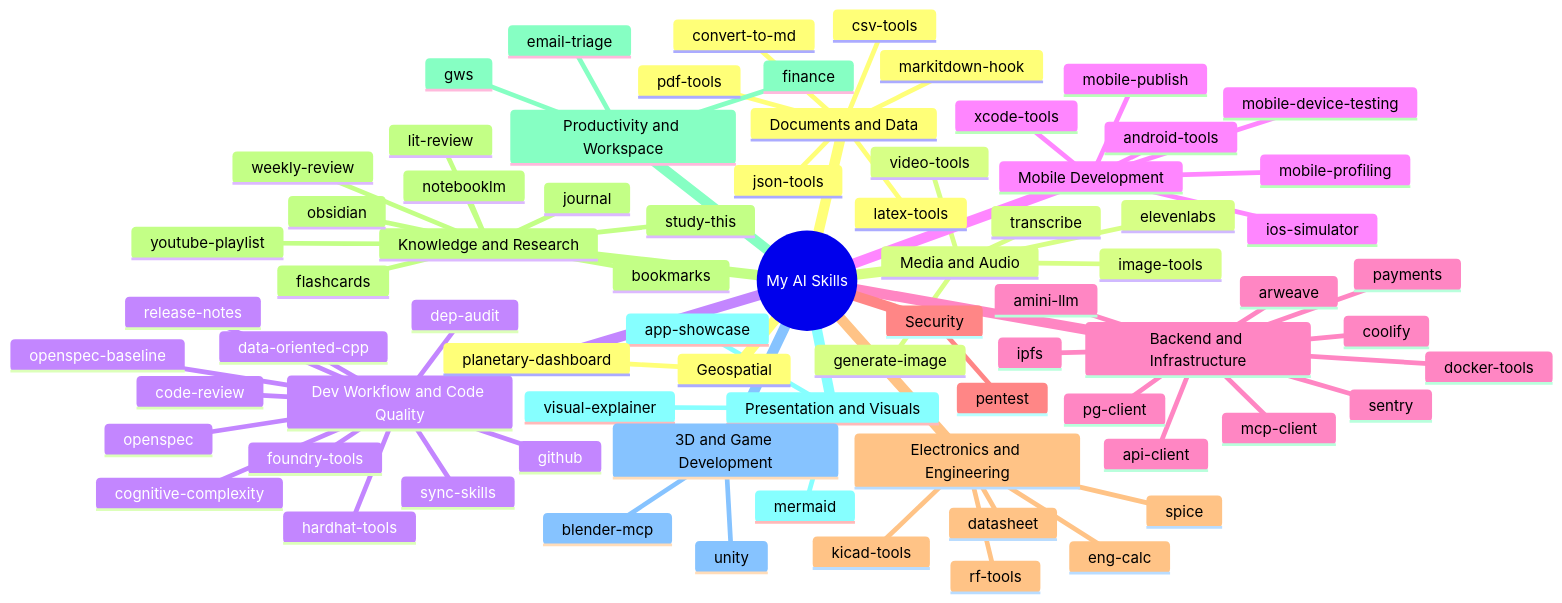
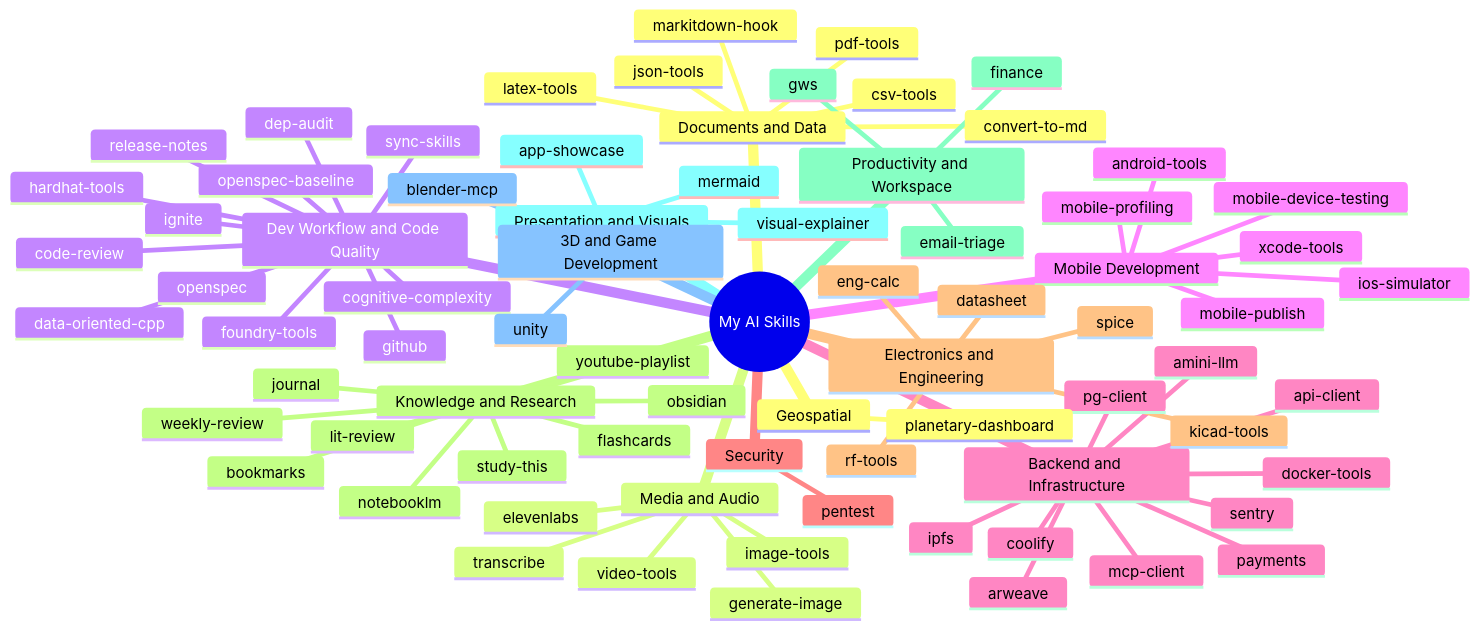
One commit to leonardoaraujosantos/my_ai_skills changed the diagram in README.md. Above: the diagram before and after it, drawn with Mermaid. The commit also changed other lines of this file and 6 other files, not shown here.

````diff
--- a/README.md
+++ b/README.md
@@ -9,78 +9,79 @@
 ```mermaid
 mindmap
   root((My AI Skills))
     Documents and Data
       convert-to-md
       csv-tools
       json-tools
       latex-tools
       markitdown-hook
       pdf-tools
     Media and Audio
       elevenlabs
       generate-image
       image-tools
       transcribe
       video-tools
     Dev Workflow and Code Quality
       code-review
       cognitive-complexity
       data-oriented-cpp
       dep-audit
       foundry-tools
       github
       hardhat-tools
+      ignite
       openspec
       openspec-baseline
       release-notes
       sync-skills
     Mobile Development
       android-tools
       ios-simulator
       mobile-device-testing
       mobile-profiling
       mobile-publish
       xcode-tools
     Backend and Infrastructure
       amini-llm
       api-client
       arweave
       coolify
       docker-tools
       ipfs
       mcp-client
       payments
       pg-client
       sentry
     Security
       pentest
     Electronics and Engineering
       datasheet
       eng-calc
       kicad-tools
       rf-tools
       spice
     Knowledge and Research
       bookmarks
       flashcards
       journal
       lit-review
       notebooklm
       obsidian
       study-this
       weekly-review
       youtube-playlist
     Productivity and Workspace
       email-triage
       finance
       gws
     Presentation and Visuals
       app-showcase
       mermaid
       visual-explainer
     3D and Game Development
       blender-mcp
       unity
     Geospatial
       planetary-dashboard
 ```
````
